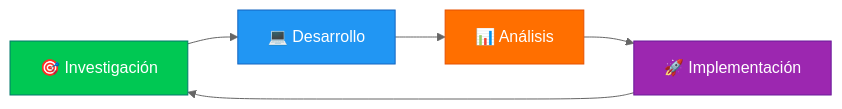
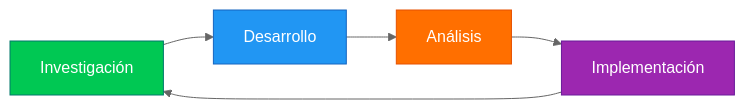
The diagram in README.md (algobea/GeoNexus), drawn with Mermaid (neutral theme) before and after one commit. The commit also changed other lines of this file, not shown here.

````diff
--- a/README.md
+++ b/README.md
@@ -26,11 +26,11 @@
 ```mermaid
 graph LR
-    A[🎯 Investigación] --> B[💻 Desarrollo]
-    B --> C[📊 Análisis]
-    C --> D[🚀 Implementación]
+    A[Investigación] --> B[Desarrollo]
+    B --> C[Análisis]
+    C --> D[Implementación]
     D --> A
     style A fill:#00C853,stroke:#00796B,color:#fff
     style B fill:#2196F3,stroke:#1565C0,color:#fff
     style C fill:#FF6F00,stroke:#E65100,color:#fff
     style D fill:#9C27B0,stroke:#6A1B9A,color:#fff
 ```
````
